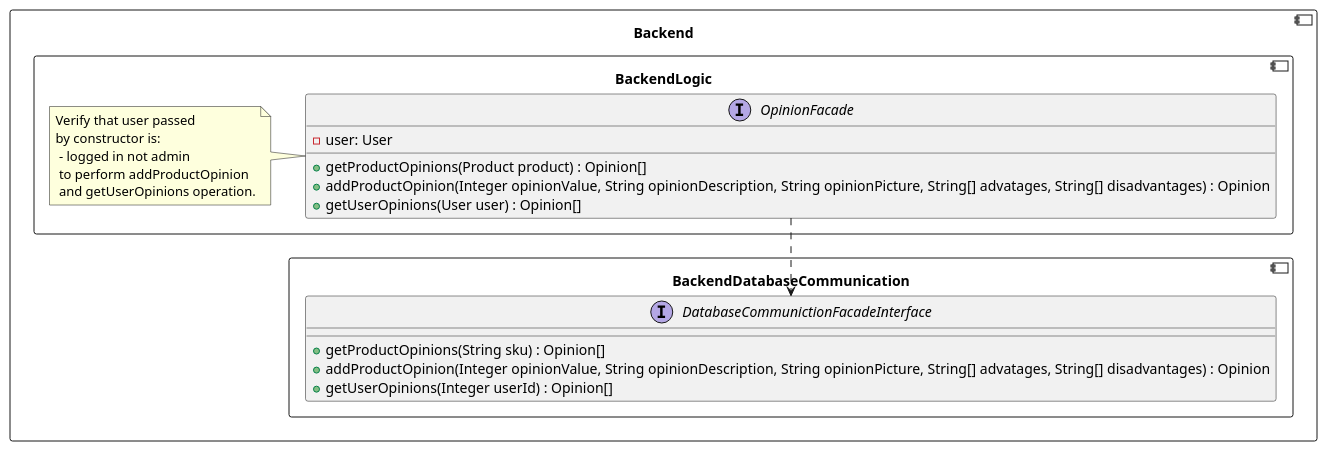
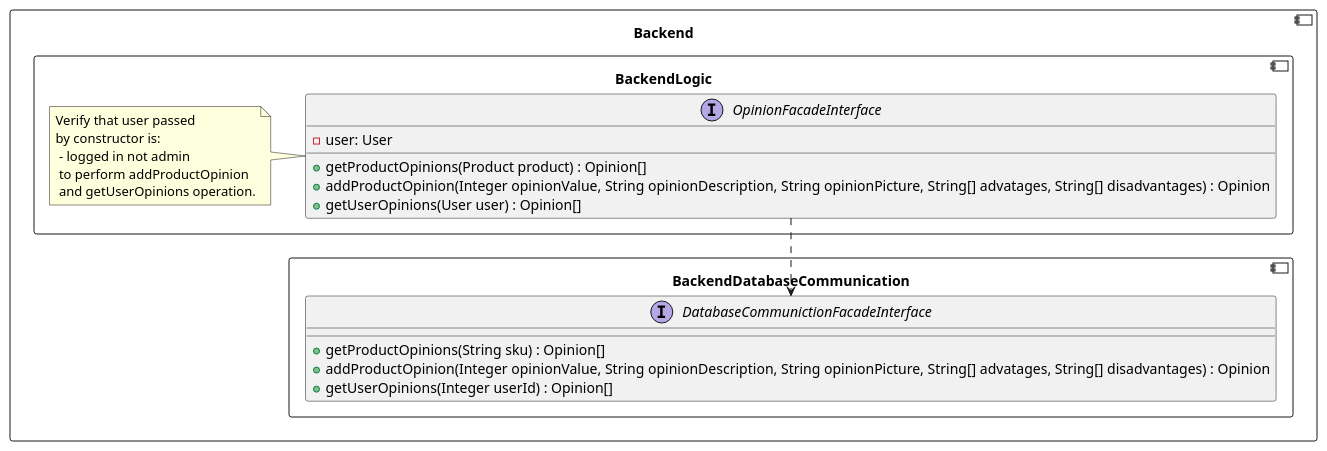
One commit to RadekBucki/OpinionCollectorArchitecture changed the fifth of 5 diagrams in backend/BackendLogic.md. Above: the diagram before and after it, drawn with PlantUML. The commit also changed other lines of this file, not shown here.

Commit message:
Fix for interface keyword

````diff
--- a/backend/BackendLogic.md
+++ b/backend/BackendLogic.md
@@ -152,31 +152,31 @@
 ```plantuml
 @startuml
 component Backend {
     component BackendDatabaseCommunication {
         interface DatabaseCommunictionFacadeInterface {
             + getProductOpinions(String sku) : Opinion[]
             + addProductOpinion(Integer opinionValue, String opinionDescription, String opinionPicture, String[] advatages, String[] disadvantages) : Opinion
             + getUserOpinions(Integer userId) : Opinion[]
         }
     }
     
     component BackendLogic {
-        OpinionFacade  ..> DatabaseCommunictionFacadeInterface
-        interface OpinionFacade {
+        OpinionFacadeInterface  ..> DatabaseCommunictionFacadeInterface
+        interface OpinionFacadeInterface {
             - user: User
             + getProductOpinions(Product product) : Opinion[]
             + addProductOpinion(Integer opinionValue, String opinionDescription, String opinionPicture, String[] advatages, String[] disadvantages) : Opinion
             + getUserOpinions(User user) : Opinion[]
         }
     
-        note left of OpinionFacade
+        note left of OpinionFacadeInterface
             Verify that user passed
             by constructor is:
              - logged in not admin
              to perform addProductOpinion
              and getUserOpinions operation.
         endnote
     }
 }
 @enduml 
 ```
````
